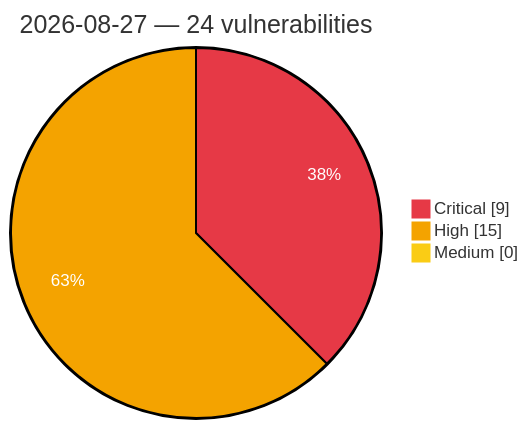
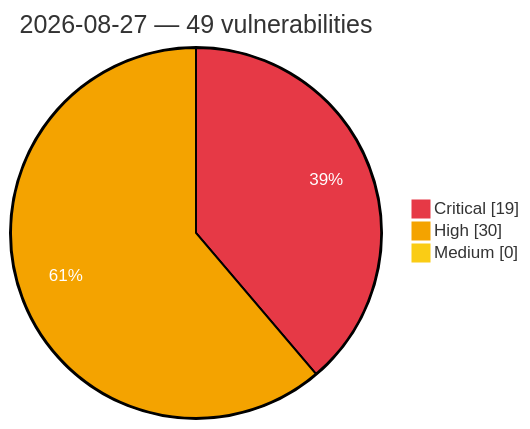
The diagram in vulnerabilities/2026/August/2026-08-27.md (GhostX0X/vuln-tracker), drawn with Mermaid before and after one commit. The commit also changed other lines of this file and 5 other files, not shown here.

Commit message:
Auto update: critical/high vulns (2026-08-27 22:47 UTC)

````diff
--- a/vulnerabilities/2026/August/2026-08-27.md
+++ b/vulnerabilities/2026/August/2026-08-27.md
@@ -3,8 +3,8 @@
 ```mermaid
 %%{init: {'theme':'base', 'themeVariables': {'pie1':'#e63946', 'pie2':'#f4a300', 'pie3':'#facc15', 'pieOpacity':'1', 'pieOuterStrokeWidth':'2px', 'pieSectionTextColor':'#ffffff'}}}%%
 pie showData
-    title 2026-08-27 — 24 vulnerabilities
-    "Critical" : 9
-    "High" : 15
+    title 2026-08-27 — 49 vulnerabilities
+    "Critical" : 19
+    "High" : 30
     "Medium" : 0
 ```
````
